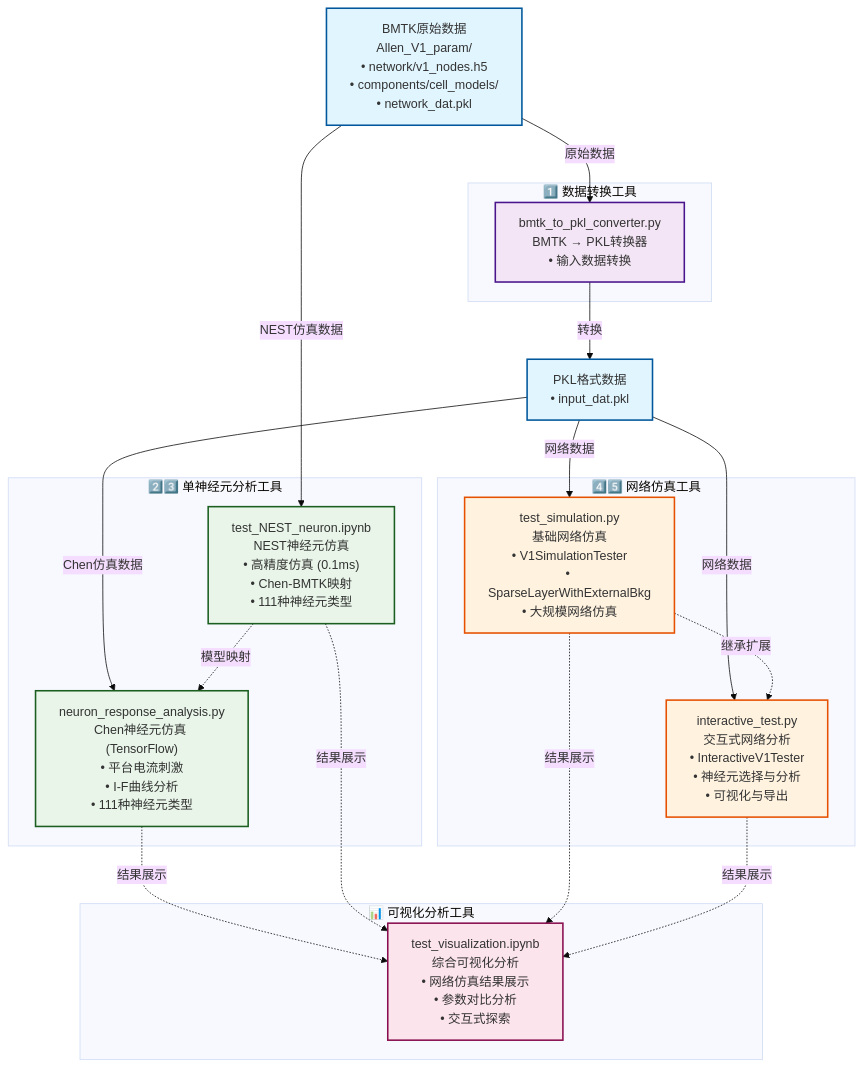
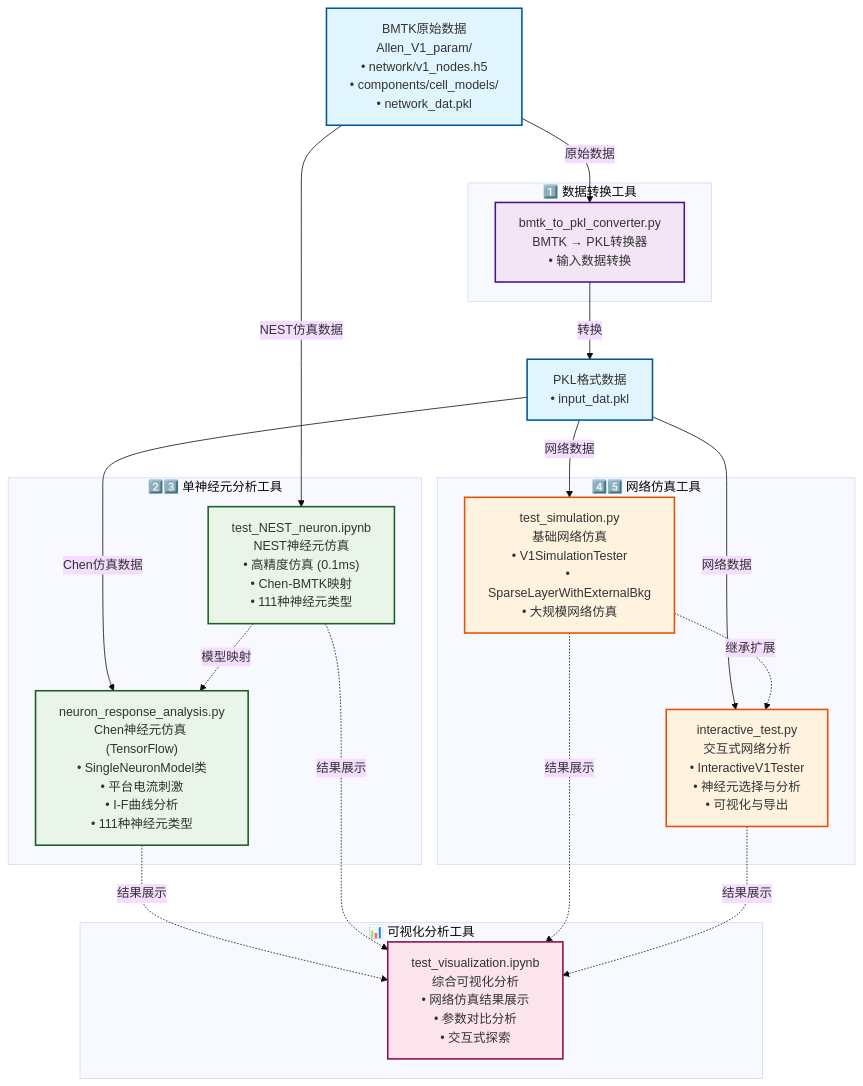
The diagram in README.md (sdgds/Chen_package_test), drawn with Mermaid (base theme) before and after one commit. The commit also changed other lines of this file, not shown here.

````diff
--- a/README.md
+++ b/README.md
@@ -17,67 +17,67 @@
 ```mermaid
 graph TD
     %% 数据源
     BMTK["BMTK原始数据<br/>Allen_V1_param/<br/>• network/v1_nodes.h5<br/>• components/cell_models/<br/>• network_dat.pkl"]
     
     %% 数据转换工具
     subgraph DataConv ["1️⃣ 数据转换工具"]
         Converter["bmtk_to_pkl_converter.py<br/>BMTK → PKL转换器<br/>• 输入数据转换"]
     end
     
     %% 转换后的数据
     PKL["PKL格式数据<br/>• input_dat.pkl"]
     
     %% 单神经元分析工具
     subgraph SingleNeuron ["2️⃣3️⃣ 单神经元分析工具"]
-        ChenSim["neuron_response_analysis.py<br/>Chen神经元仿真 (TensorFlow)<br/>• 平台电流刺激<br/>• I-F曲线分析<br/>• 111种神经元类型"]
+        ChenSim["neuron_response_analysis.py<br/>Chen神经元仿真 (TensorFlow)<br/>• SingleNeuronModel类<br/>• 平台电流刺激<br/>• I-F曲线分析<br/>• 111种神经元类型"]
         NESTSim["test_NEST_neuron.ipynb<br/>NEST神经元仿真<br/>• 高精度仿真 (0.1ms)<br/>• Chen-BMTK映射<br/>• 111种神经元类型"]
     end
     
     %% 网络仿真工具
     subgraph NetworkSim ["4️⃣5️⃣ 网络仿真工具"]
         BasicSim["test_simulation.py<br/>基础网络仿真<br/>• V1SimulationTester<br/>• SparseLayerWithExternalBkg<br/>• 大规模网络仿真"]
         InteractiveSim["interactive_test.py<br/>交互式网络分析<br/>• InteractiveV1Tester<br/>• 神经元选择与分析<br/>• 可视化与导出"]
     end
     
     %% 可视化工具
     subgraph Visualization ["📊 可视化分析工具"]
         VisNB["test_visualization.ipynb<br/>综合可视化分析<br/>• 网络仿真结果展示<br/>• 参数对比分析<br/>• 交互式探索"]
     end
     
     %% 数据流和调用关系
     BMTK -->|原始数据| Converter
     Converter -->|转换| PKL
     
     %% 单神经元分析的数据输入
     PKL -->|Chen仿真数据| ChenSim
     BMTK -->|NEST仿真数据| NESTSim
     
     %% 网络仿真的数据输入
     PKL -->|网络数据| BasicSim
     PKL -->|网络数据| InteractiveSim
     
     %% 模块间的调用关系
     BasicSim -.->|继承扩展| InteractiveSim
     NESTSim -.->|模型映射| ChenSim
     
     %% 可视化工具的输入
     ChenSim -.->|结果展示| VisNB
     NESTSim -.->|结果展示| VisNB
     BasicSim -.->|结果展示| VisNB
     InteractiveSim -.->|结果展示| VisNB
     
     %% 样式设置
     classDef dataClass fill:#e1f5fe,stroke:#01579b,stroke-width:2px
     classDef convertClass fill:#f3e5f5,stroke:#4a148c,stroke-width:2px
     classDef singleClass fill:#e8f5e8,stroke:#1b5e20,stroke-width:2px
     classDef networkClass fill:#fff3e0,stroke:#e65100,stroke-width:2px
     classDef visClass fill:#fce4ec,stroke:#880e4f,stroke-width:2px
     classDef resultClass fill:#f1f8e9,stroke:#33691e,stroke-width:1px
     
     class BMTK,PKL dataClass
     class Converter convertClass
     class ChenSim,NESTSim singleClass
     class BasicSim,InteractiveSim networkClass
     class VisNB visClass
     class Results1,Results2,Results3,Results4 resultClass
 ```
````
